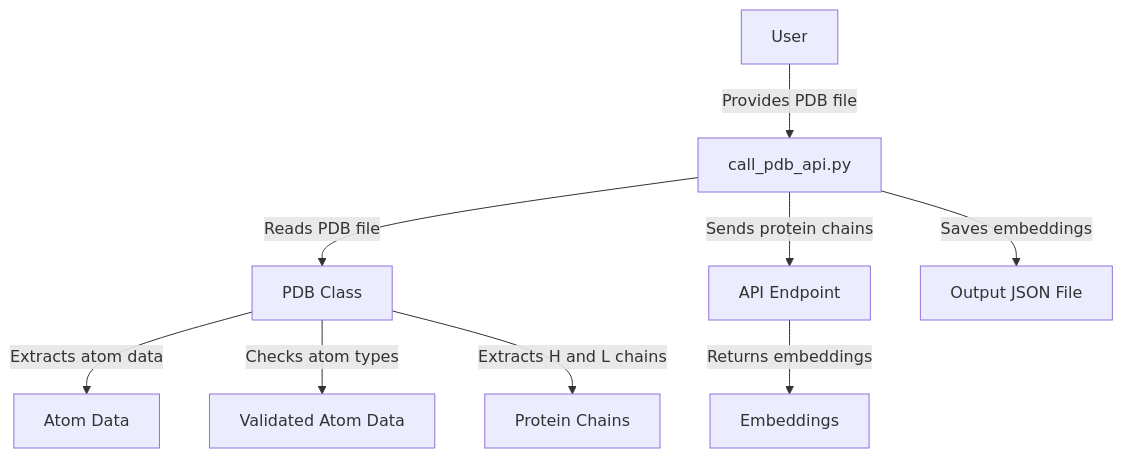
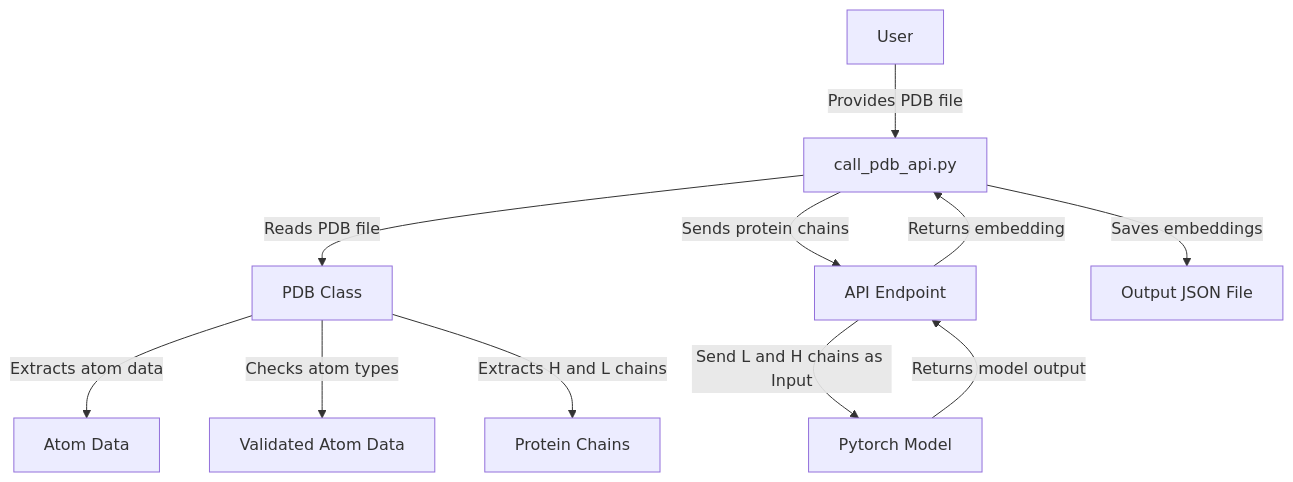
The diagram in README.md (manelguz/protein-data-processor), drawn with Mermaid before and after one commit. The commit also changed other lines of this file, not shown here.

````diff
--- a/README.md
+++ b/README.md
@@ -107,11 +107,11 @@
 ```mermaid
 graph TD
     A[User] -->|Provides PDB file| B[call_pdb_api.py]
     B -->|Reads PDB file| C[PDB Class]
     C -->|Extracts atom data| D[Atom Data]
     C -->|Checks atom types| E[Validated Atom Data]
     C -->|Extracts H and L chains| F[Protein Chains]
-    B -->|Sends protein chains| G[API Endpoint]
-    G -->|Returns embeddings| H[Embeddings]
+    B -->|Sends protein chains| G[API Endpoint] --> |Returns embedding| B
+    G -->|Send L and H chains as Input| H[Pytorch Model] --> |Returns model output| G
     B -->|Saves embeddings| I[Output JSON File]
 ```
````
